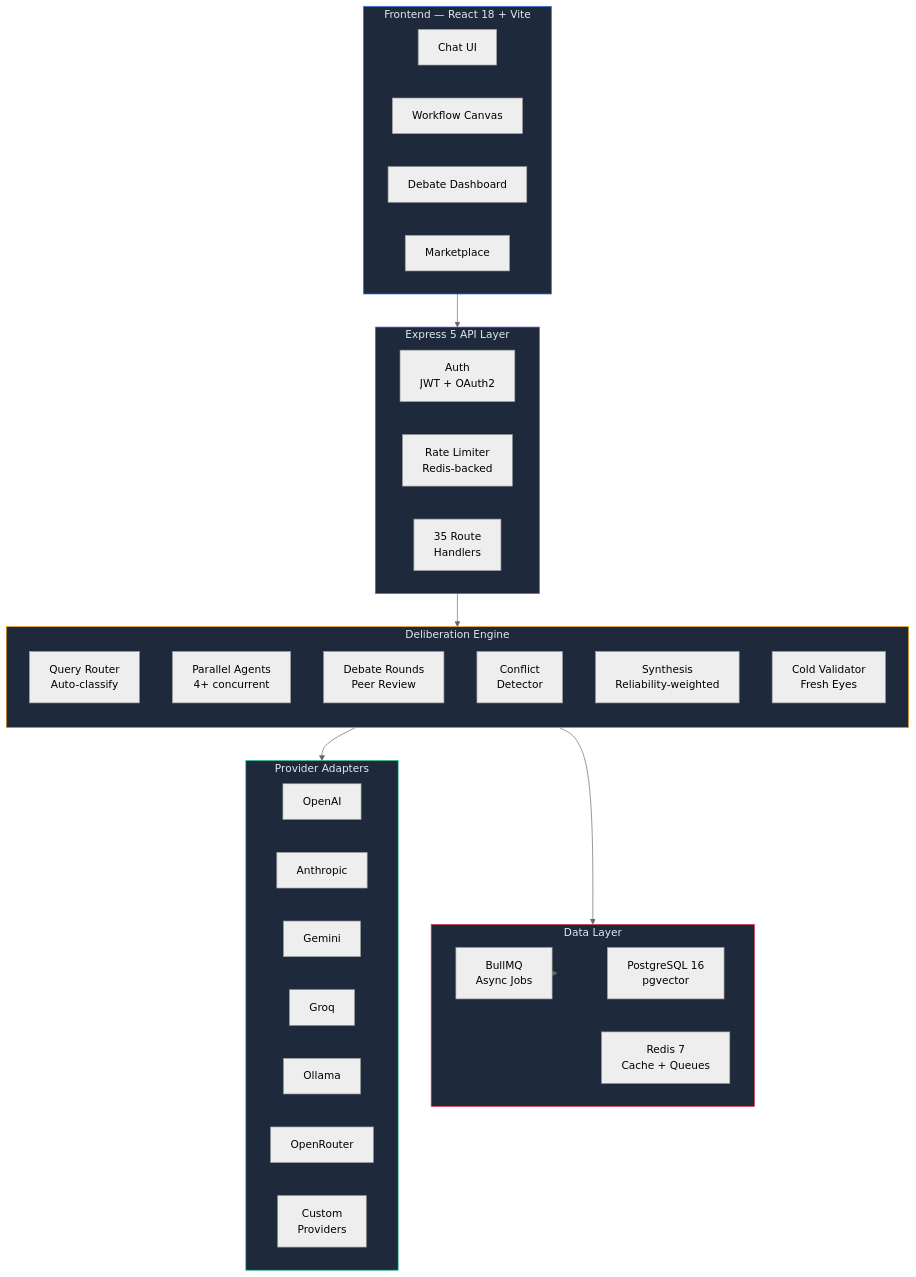
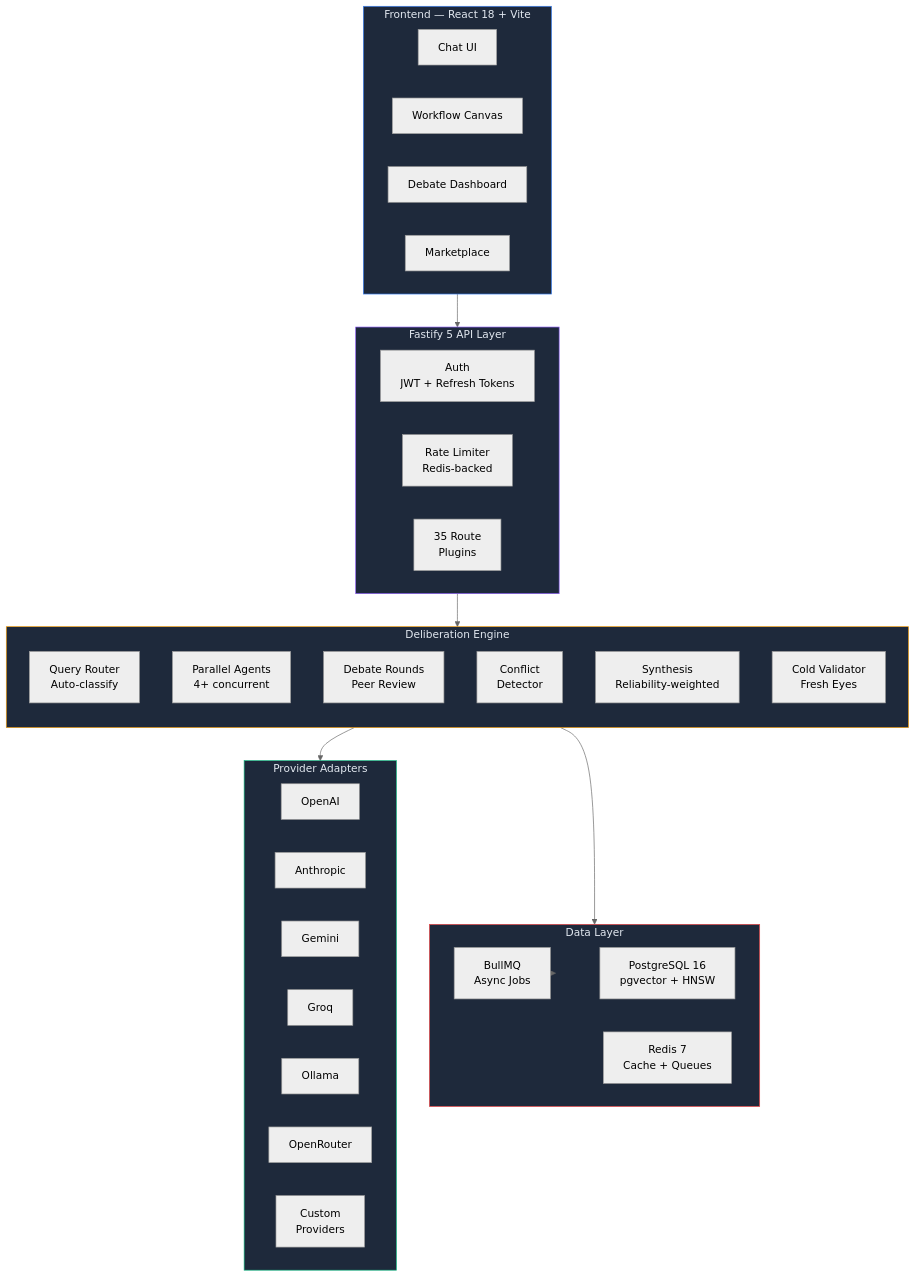
Before and after one commit to Yash-Awasthi/Judica: the second of 2 diagrams in README.md, drawn with Mermaid (neutral theme). The commit also changed other lines of this file and 7 other files, not shown here.

````diff
--- a/README.md
+++ b/README.md
@@ -87,57 +87,57 @@
 ```mermaid
 flowchart TB
     subgraph CLIENT["Frontend — React 18 + Vite"]
         direction LR
         UI["Chat UI"]
         WF["Workflow Canvas"]
         DB_UI["Debate Dashboard"]
         MK["Marketplace"]
     end
 
-    subgraph API["Express 5 API Layer"]
+    subgraph API["Fastify 5 API Layer"]
         direction LR
-        AUTH["Auth\nJWT + OAuth2"]
+        AUTH["Auth\nJWT + Refresh Tokens"]
         RATE["Rate Limiter\nRedis-backed"]
-        ROUTES["35 Route\nHandlers"]
+        ROUTES["35 Route\nPlugins"]
     end
 
     subgraph ENGINE["Deliberation Engine"]
         direction TB
         ROUTER["Query Router\nAuto-classify"]
         PARALLEL["Parallel Agents\n4+ concurrent"]
         DEBATE["Debate Rounds\nPeer Review"]
         CONFLICT["Conflict\nDetector"]
         SYNTH["Synthesis\nReliability-weighted"]
         COLD["Cold Validator\nFresh Eyes"]
     end
 
     subgraph PROVIDERS["Provider Adapters"]
         direction LR
         OAI["OpenAI"]
         ANT["Anthropic"]
         GEM["Gemini"]
         GRQ["Groq"]
         OLL["Ollama"]
         OR["OpenRouter"]
         CUSTOM["Custom\nProviders"]
     end
 
     subgraph DATA["Data Layer"]
         direction LR
-        PG["PostgreSQL 16\npgvector"]
+        PG["PostgreSQL 16\npgvector + HNSW"]
         RD["Redis 7\nCache + Queues"]
         BQ["BullMQ\nAsync Jobs"]
     end
 
     CLIENT --> API
     API --> ENGINE
     ENGINE --> PROVIDERS
     ENGINE --> DATA
     BQ --> DATA
 
     style CLIENT fill:#1e293b,stroke:#3b82f6,color:#e2e8f0
     style API fill:#1e293b,stroke:#8b5cf6,color:#e2e8f0
     style ENGINE fill:#1e293b,stroke:#f59e0b,color:#e2e8f0
     style PROVIDERS fill:#1e293b,stroke:#10b981,color:#e2e8f0
     style DATA fill:#1e293b,stroke:#ef4444,color:#e2e8f0
 ```
````
